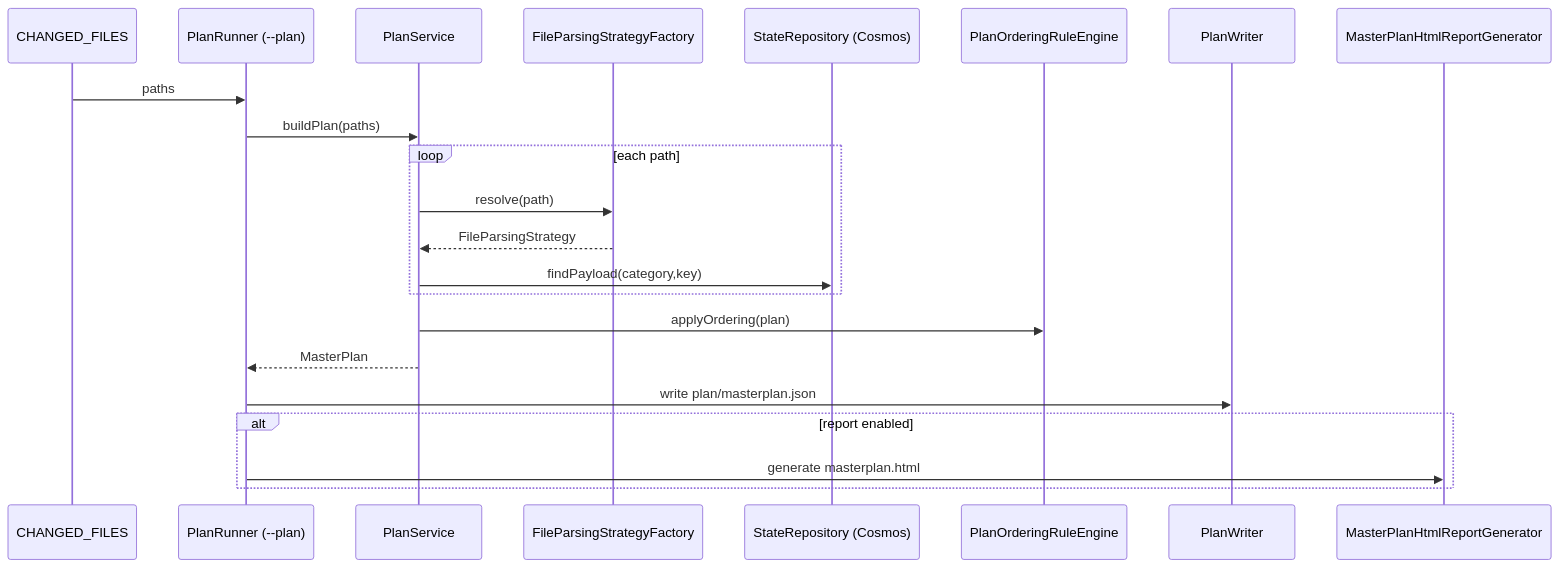
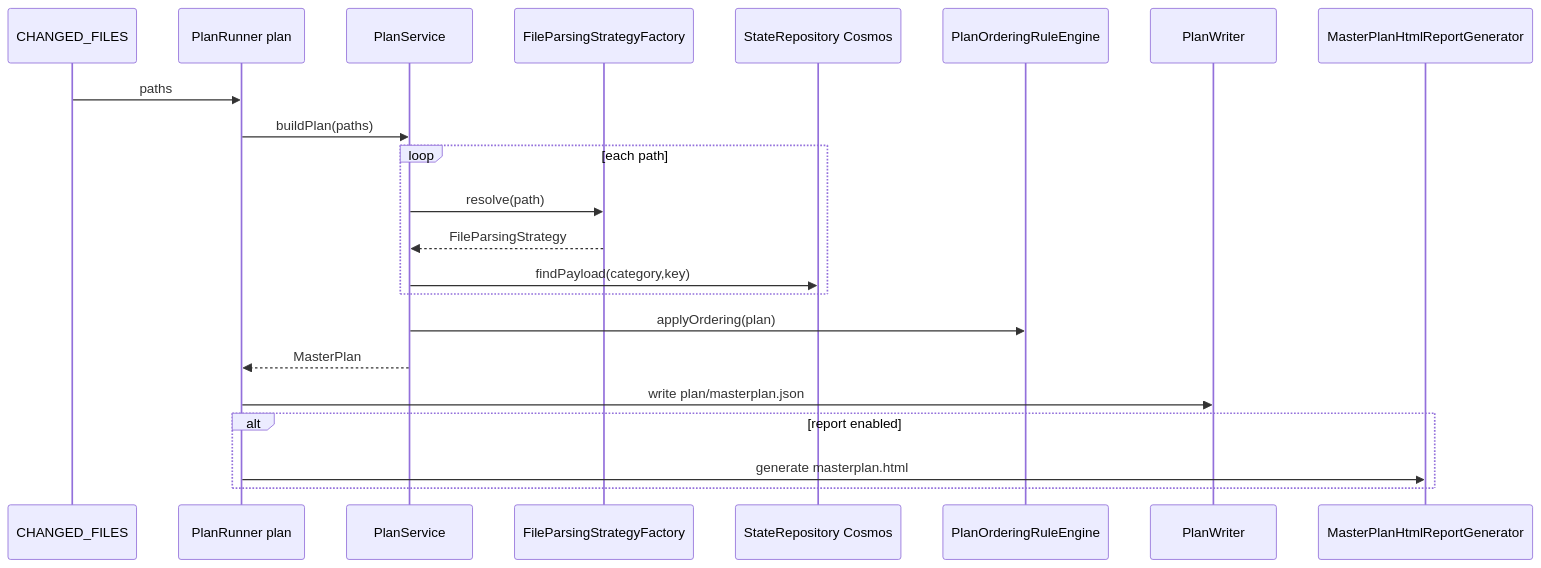
One commit to srinuneehaal/CaC-IAM changed the diagram in diagrams/plan-sequence.mmd. Above: the diagram before and after it, drawn with Mermaid. The commit also changed 7 other files, not shown here.

Commit message:
added docs and diagrams l2

```diff
--- a/diagrams/plan-sequence.mmd
+++ b/diagrams/plan-sequence.mmd
@@ -1,23 +1,23 @@
 sequenceDiagram
     participant Env as CHANGED_FILES
-    participant Runner as PlanRunner (--plan)
+    participant Runner as PlanRunner plan
     participant Service as PlanService
     participant Factory as FileParsingStrategyFactory
-    participant Repo as StateRepository (Cosmos)
+    participant Repo as StateRepository Cosmos
     participant Order as PlanOrderingRuleEngine
     participant Writer as PlanWriter
     participant Report as MasterPlanHtmlReportGenerator
 
     Env->>Runner: paths
     Runner->>Service: buildPlan(paths)
     loop each path
         Service->>Factory: resolve(path)
         Factory-->>Service: FileParsingStrategy
         Service->>Repo: findPayload(category,key)
     end
     Service->>Order: applyOrdering(plan)
     Service-->>Runner: MasterPlan
     Runner->>Writer: write plan/masterplan.json
     alt report enabled
         Runner->>Report: generate masterplan.html
     end
```
